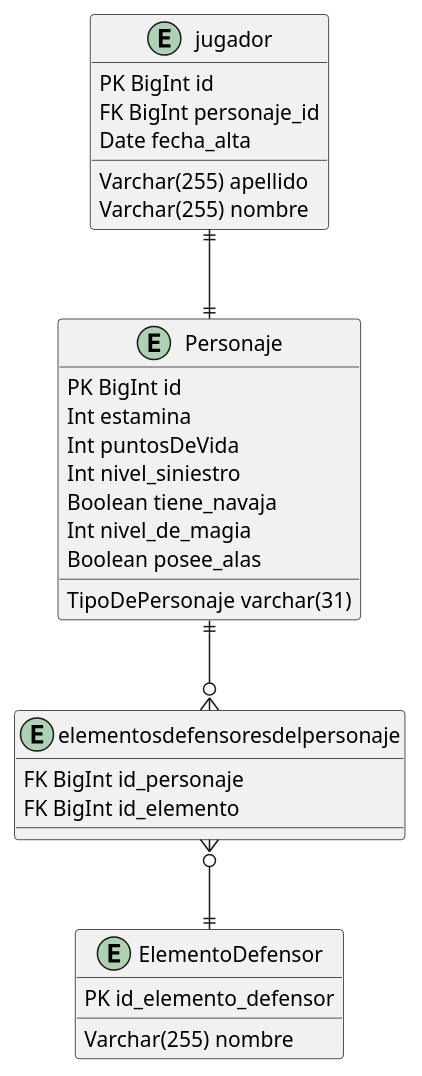
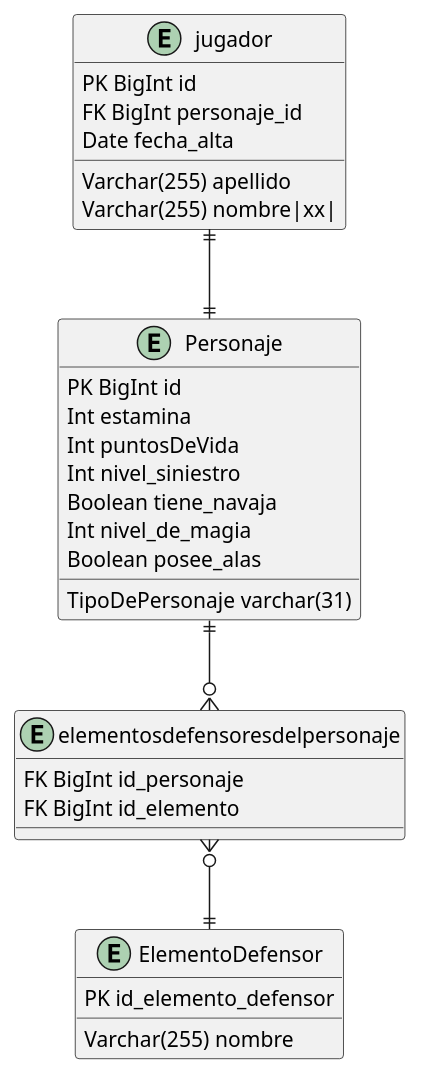
Before and after one commit to nachovilla123/GuiaPersistenciaORM: the diagram in target/classes/ar/edu/utn/frba/dds/ejercicio_02/docs/der.puml, drawn with PlantUML. The commit also changed 3 other files, not shown here.

```diff
--- a/target/classes/ar/edu/utn/frba/dds/ejercicio_02/docs/der.puml
+++ b/target/classes/ar/edu/utn/frba/dds/ejercicio_02/docs/der.puml
@@ -1,52 +1,52 @@
 @startuml
 
 
 
 entity ElementoDefensor {
 PK id_elemento_defensor
 Varchar(255) nombre
 }
 
 entity Personaje {
 PK BigInt id
 TipoDePersonaje varchar(31)
 Int estamina
 Int puntosDeVida
 Int nivel_siniestro
 Boolean tiene_navaja
 Int nivel_de_magia
 Boolean posee_alas
 }
 
 entity  jugador {
 PK BigInt id
 FK BigInt personaje_id
 Varchar(255) apellido
 Date fecha_alta
-Varchar(255) nombre
+Varchar(255) nombre|xx|
 }
 
 entity elementosdefensoresdelpersonaje {
 FK BigInt id_personaje
 FK BigInt id_elemento
 }
 
 ''-------------------- DEFINICION DE  RELACIONES -------------------''
 
 ''  UNO A MUCHOS : uno ||--o{ muchos           ''
 
 '' MUCHOS A UNO : muchos }o--|| uno             ''
 
 '' UNO A UNO : uno }o--|| uno                   ''
 
 '' MUCHOS A MUCHOS : ROMPEMOS!! NOS QUEDA : '' MUCHOS A UNO : muchos }o--|| uno  Y '' UNO A MUCHOS : uno ||--o{ muchos
 '' siendo ese UNO la tabla intermedia. ej: JugadorXPartido
 
 
 
 jugador ||--|| Personaje
 
 Personaje ||--o{ elementosdefensoresdelpersonaje
 
 elementosdefensoresdelpersonaje  }o--|| ElementoDefensor
 @enduml
```
